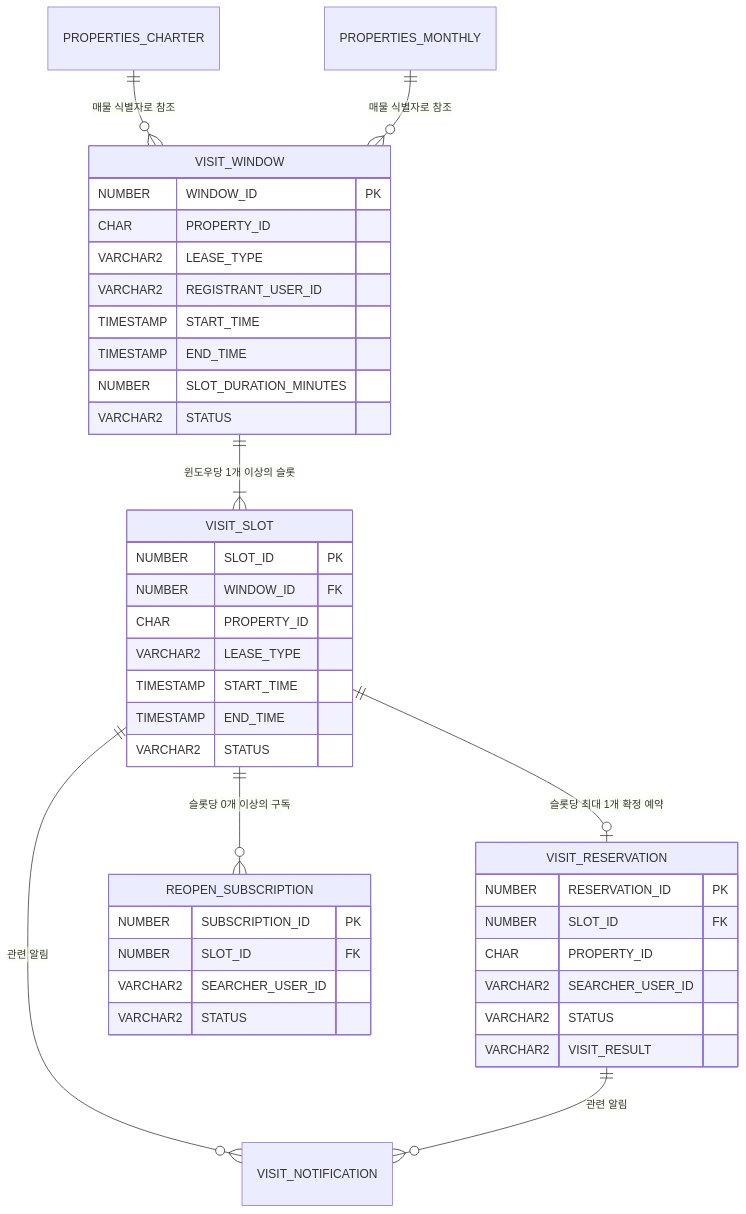
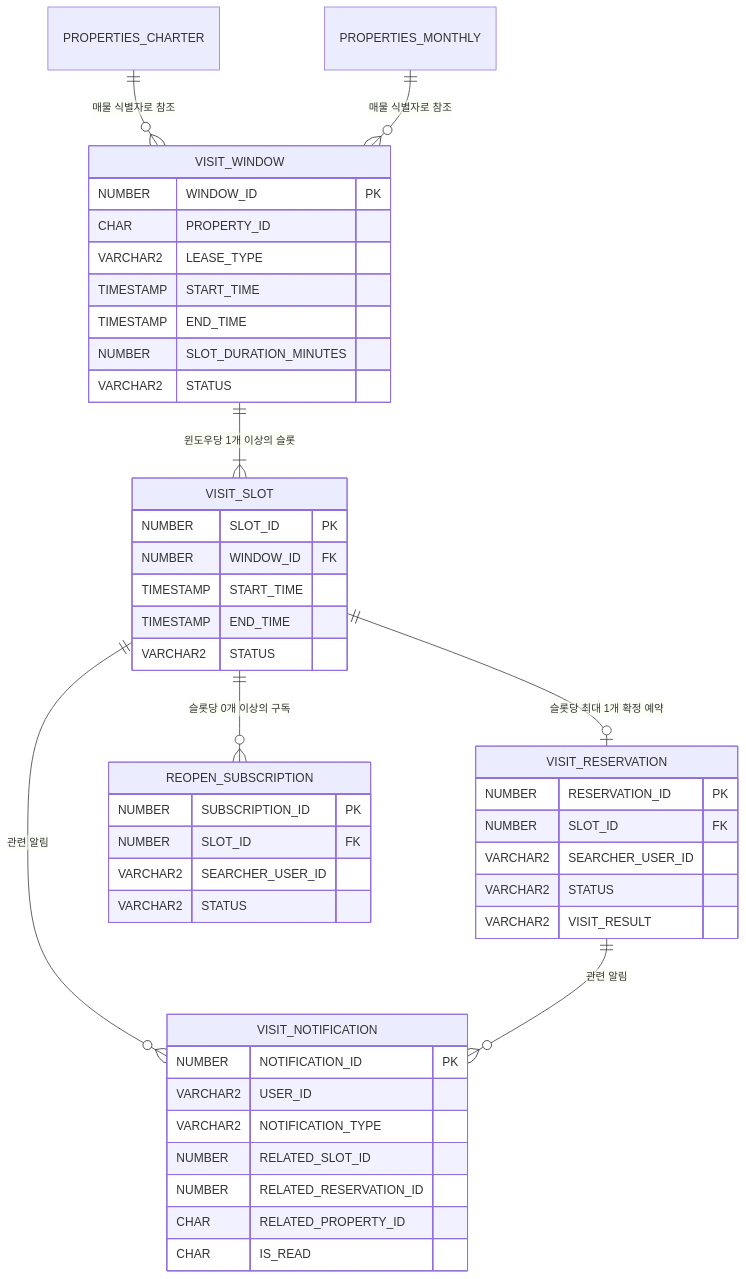
One commit to bumjinDev/wherehouse_SpringBoot changed the second of 4 diagrams in docs/13. Wherehouse_고도화_주거지예약시스템/3. Wherehouse_매물방문예약_설계명세서.md. Above: the diagram before and after it, drawn with Mermaid. The commit also changed other lines of this file and 2 other files, not shown here.

````diff
--- a/docs/13. Wherehouse_고도화_주거지예약시스템/3. Wherehouse_매물방문예약_설계명세서.md
+++ b/docs/13. Wherehouse_고도화_주거지예약시스템/3. Wherehouse_매물방문예약_설계명세서.md
@@ -296,47 +463,53 @@
 ```mermaid
 erDiagram
     PROPERTIES_CHARTER ||--o{ VISIT_WINDOW : "매물 식별자로 참조"
     PROPERTIES_MONTHLY ||--o{ VISIT_WINDOW : "매물 식별자로 참조"
     VISIT_WINDOW ||--|{ VISIT_SLOT : "윈도우당 1개 이상의 슬롯"
     VISIT_SLOT ||--o| VISIT_RESERVATION : "슬롯당 최대 1개 확정 예약"
     VISIT_SLOT ||--o{ REOPEN_SUBSCRIPTION : "슬롯당 0개 이상의 구독"
     VISIT_SLOT ||--o{ VISIT_NOTIFICATION : "관련 알림"
     VISIT_RESERVATION ||--o{ VISIT_NOTIFICATION : "관련 알림"
 
     VISIT_WINDOW {
         NUMBER WINDOW_ID PK
         CHAR PROPERTY_ID
         VARCHAR2 LEASE_TYPE
-        VARCHAR2 REGISTRANT_USER_ID
         TIMESTAMP START_TIME
         TIMESTAMP END_TIME
         NUMBER SLOT_DURATION_MINUTES
         VARCHAR2 STATUS
     }
 
     VISIT_SLOT {
         NUMBER SLOT_ID PK
         NUMBER WINDOW_ID FK
-        CHAR PROPERTY_ID
-        VARCHAR2 LEASE_TYPE
         TIMESTAMP START_TIME
         TIMESTAMP END_TIME
         VARCHAR2 STATUS
     }
 
     VISIT_RESERVATION {
         NUMBER RESERVATION_ID PK
         NUMBER SLOT_ID FK
-        CHAR PROPERTY_ID
         VARCHAR2 SEARCHER_USER_ID
         VARCHAR2 STATUS
         VARCHAR2 VISIT_RESULT
     }
 
     REOPEN_SUBSCRIPTION {
         NUMBER SUBSCRIPTION_ID PK
         NUMBER SLOT_ID FK
         VARCHAR2 SEARCHER_USER_ID
         VARCHAR2 STATUS
     }
+
+    VISIT_NOTIFICATION {
+        NUMBER NOTIFICATION_ID PK
+        VARCHAR2 USER_ID
+        VARCHAR2 NOTIFICATION_TYPE
+        NUMBER RELATED_SLOT_ID
+        NUMBER RELATED_RESERVATION_ID
+        CHAR RELATED_PROPERTY_ID
+        CHAR IS_READ
+    }
 ```
````
